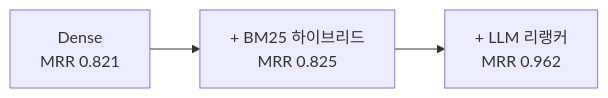
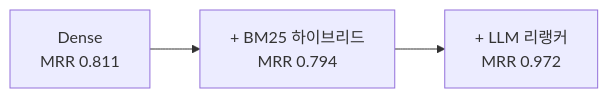
The third of 3 diagrams in README.md (lululalalalalalalalaaa/prototype), drawn with Mermaid before and after one commit. The commit also changed other lines of this file and 22 other files, not shown here.

````diff
--- a/README.md
+++ b/README.md
@@ -89,5 +93,5 @@
 ```mermaid
 flowchart LR
-  D["Dense<br/>MRR 0.821"] --> Hy["+ BM25 하이브리드<br/>MRR 0.825"]
-  Hy --> Re["+ LLM 리랭커<br/>MRR 0.962"]
+  D["Dense<br/>MRR 0.811"] --> Hy["+ BM25 하이브리드<br/>MRR 0.794"]
+  Hy --> Re["+ LLM 리랭커<br/>MRR 0.972"]
 ```
````
